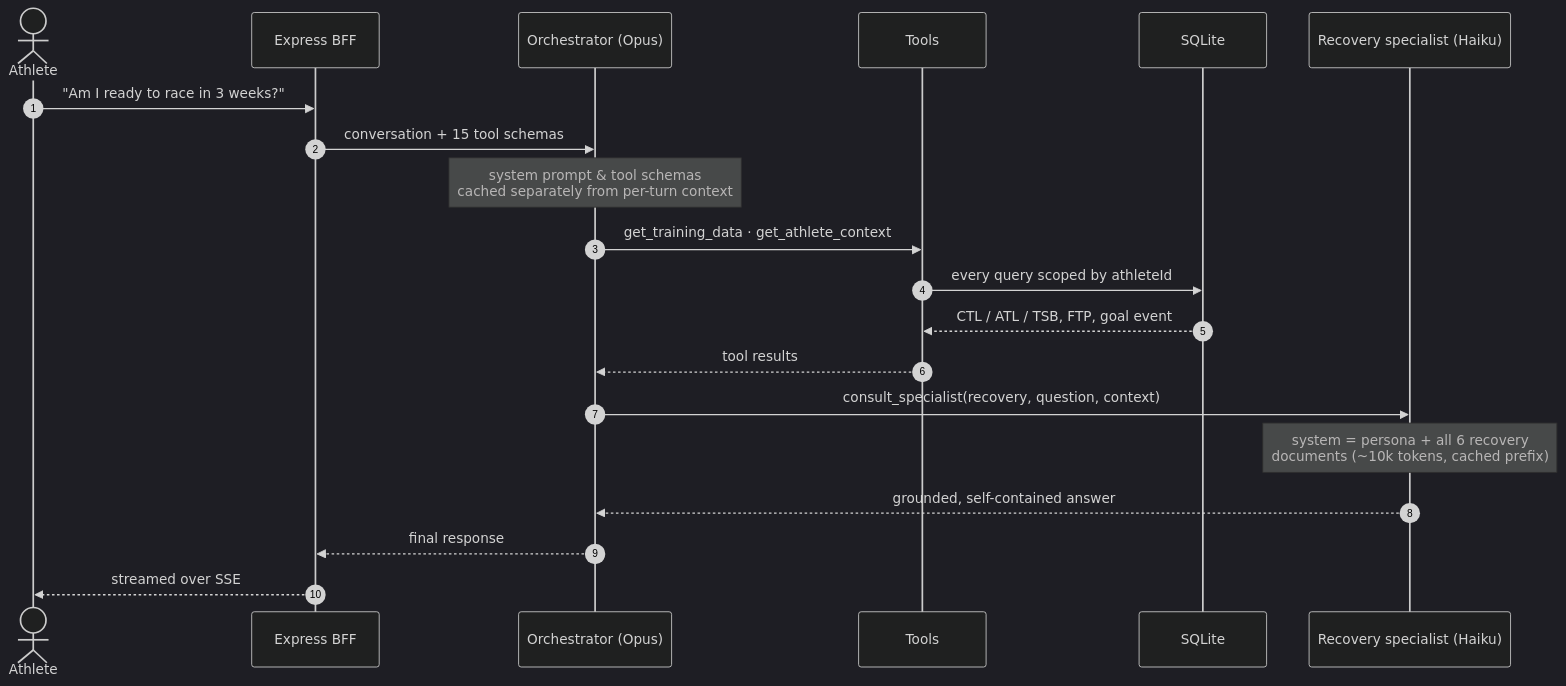
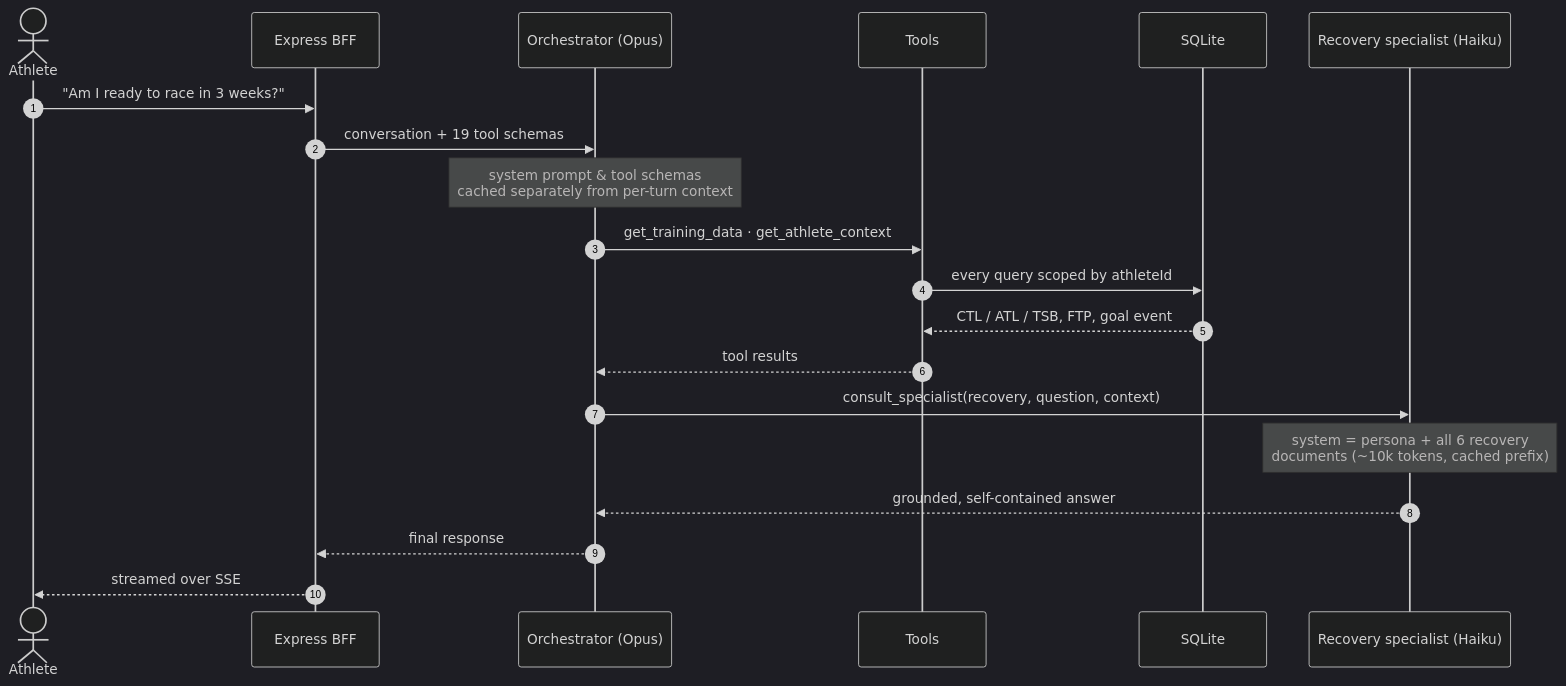
The second of 2 diagrams in README.md (almadaocta/rumble), drawn with Mermaid (dark theme) before and after one commit. The commit also changed other lines of this file and 24 other files, not shown here.

````diff
--- a/README.md
+++ b/README.md
@@ -75,26 +75,26 @@
 ```mermaid
 sequenceDiagram
     autonumber
     actor A as Athlete
     participant B as Express BFF
     participant O as Orchestrator (Opus)
     participant T as Tools
     participant D as SQLite
     participant S as Recovery specialist (Haiku)
 
     A->>B: "Am I ready to race in 3 weeks?"
-    B->>O: conversation + 15 tool schemas
+    B->>O: conversation + 19 tool schemas
     Note over O: system prompt & tool schemas<br/>cached separately from per-turn context
 
     O->>T: get_training_data · get_athlete_context
     T->>D: every query scoped by athleteId
     D-->>T: CTL / ATL / TSB, FTP, goal event
     T-->>O: tool results
 
     O->>S: consult_specialist(recovery, question, context)
     Note over S: system = persona + all 6 recovery<br/>documents (~10k tokens, cached prefix)
     S-->>O: grounded, self-contained answer
 
     O-->>B: final response
     B-->>A: streamed over SSE
 ```
````
